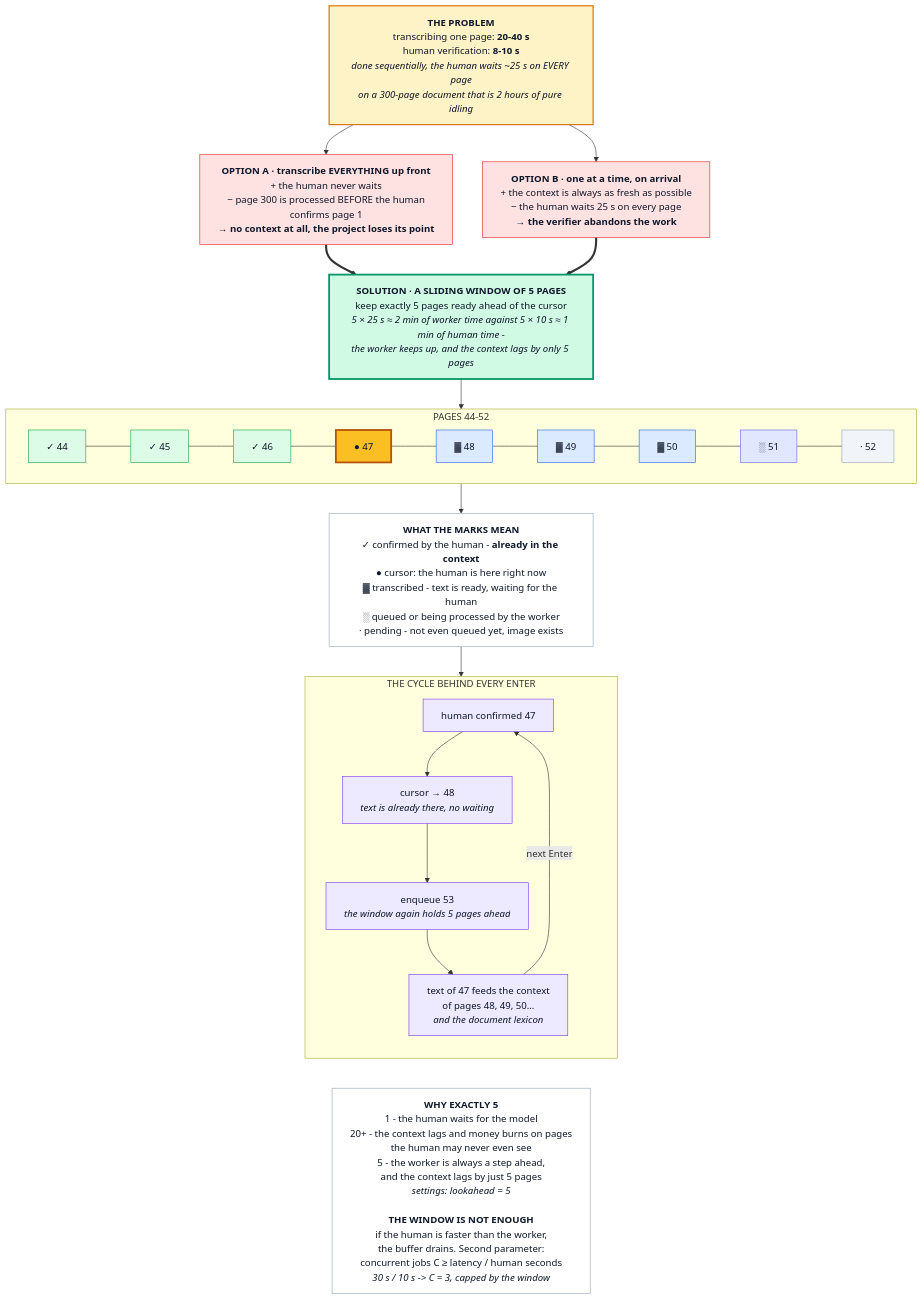
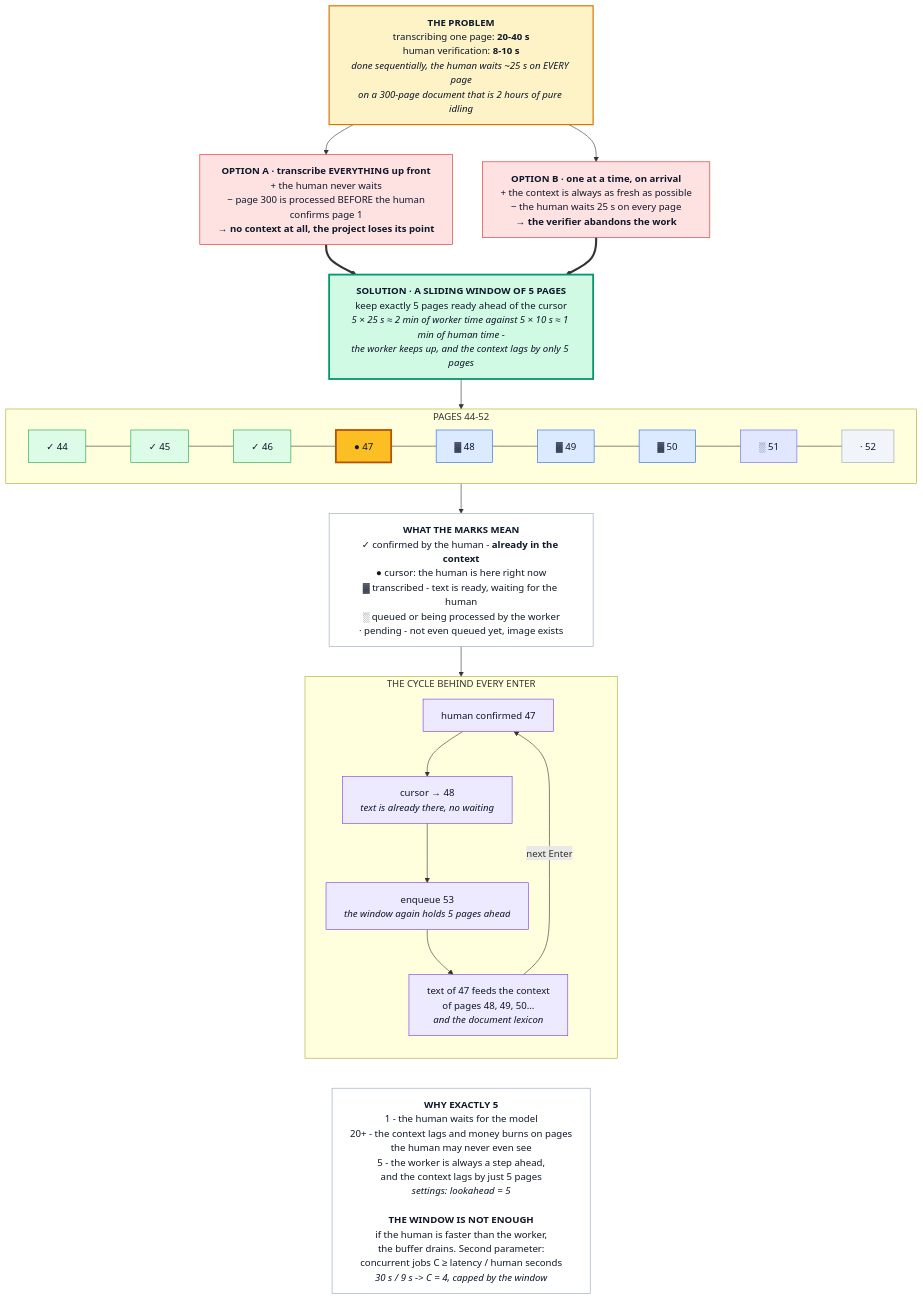
The fifth of 7 diagrams in docs/diagrams/README.md (BinaryStudioAcademy/bsa-2026-transcripta), drawn with Mermaid before and after one commit. The commit also changed other lines of this file and 7 other files, not shown here.

````diff
--- a/docs/diagrams/README.md
+++ b/docs/diagrams/README.md
@@ -524,68 +524,68 @@
 ```mermaid
 %% SLIDING WINDOW - why the human never waits for the model
 %% and why the window is 5 pages, not 1 and not 300
 
 %%{init: {"flowchart": {"wrappingWidth": 380}}}%%
 flowchart TB
     PROB["<b>THE PROBLEM</b><br/>transcribing one page: <b>20-40 s</b><br/>human verification: <b>8-10 s</b><br/><i>done sequentially, the human waits ~25 s on EVERY page<br/>on a 300-page document that is 2 hours of pure idling</i>"]
 
     PROB --> BAD1
     PROB --> BAD2
 
     BAD1["<b>OPTION A · transcribe EVERYTHING up front</b><br/>+ the human never waits<br/>− page 300 is processed BEFORE the human<br/>confirms page 1<br/><b>→ no context at all, the project loses its point</b>"]
 
     BAD2["<b>OPTION B · one at a time, on arrival</b><br/>+ the context is always as fresh as possible<br/>− the human waits 25 s on every page<br/><b>→ the verifier abandons the work</b>"]
 
     BAD1 ==> GOOD
     BAD2 ==> GOOD
 
     GOOD["<b>SOLUTION · A SLIDING WINDOW OF 5 PAGES</b><br/>keep exactly 5 pages ready ahead of the cursor<br/><i>5 × 25 s ≈ 2 min of worker time against 5 × 10 s ≈ 1 min of human time -<br/>the worker keeps up, and the context lags by only 5 pages</i>"]
 
     GOOD --> strip
 
     subgraph strip["PAGES 44-52"]
         direction LR
         G1["✓ 44"] --- G2["✓ 45"] --- G3["✓ 46"] --- G4["● 47"] --- G5["▓ 48"] --- G6["▓ 49"] --- G7["▓ 50"] --- G8["░ 51"] --- G9["· 52"]
     end
 
     strip --> LEGEND
 
     LEGEND["<b>WHAT THE MARKS MEAN</b><br/>✓ confirmed by the human - <b>already in the context</b><br/>● cursor: the human is here right now<br/>▓ transcribed - text is ready, waiting for the human<br/>░ queued or being processed by the worker<br/>· pending - not even queued yet, image exists"]
 
     LEGEND --> CYCLE
 
     subgraph CYCLE["THE CYCLE BEHIND EVERY ENTER"]
         direction TB
         C1["human confirmed 47"]
         C1 --> C2["cursor → 48<br/><i>text is already there, no waiting</i>"]
         C2 --> C3["enqueue 53<br/><i>the window again holds 5 pages ahead</i>"]
         C3 --> C4["text of 47 feeds the context<br/>of pages 48, 49, 50…<br/><i>and the document lexicon</i>"]
         C4 -->|"next Enter"| C1
     end
 
-    NOTE["<b>WHY EXACTLY 5</b><br/>1 - the human waits for the model<br/>20+ - the context lags and money burns on pages<br/>the human may never even see<br/>5 - the worker is always a step ahead,<br/>and the context lags by just 5 pages<br/><i>settings: lookahead = 5</i><br/>&nbsp;<br/><b>THE WINDOW IS NOT ENOUGH</b><br/>if the human is faster than the worker,<br/>the buffer drains. Second parameter:<br/>concurrent jobs C ≥ latency / human seconds<br/><i>30 s / 10 s -> C = 3, capped by the window</i>"]
+    NOTE["<b>WHY EXACTLY 5</b><br/>1 - the human waits for the model<br/>20+ - the context lags and money burns on pages<br/>the human may never even see<br/>5 - the worker is always a step ahead,<br/>and the context lags by just 5 pages<br/><i>settings: lookahead = 5</i><br/>&nbsp;<br/><b>THE WINDOW IS NOT ENOUGH</b><br/>if the human is faster than the worker,<br/>the buffer drains. Second parameter:<br/>concurrent jobs C ≥ latency / human seconds<br/><i>30 s / 9 s -> C = 4, capped by the window</i>"]
 
     CYCLE ~~~ NOTE
 
     classDef prob fill:#fef3c7,stroke:#d97706,stroke-width:2px,color:#0f172a
     classDef bad fill:#fee2e2,stroke:#dc2626,color:#0f172a
     classDef good fill:#d1fae5,stroke:#059669,stroke-width:3px,color:#0f172a
     classDef done fill:#dcfce7,stroke:#16a34a,color:#0f172a
     classDef here fill:#fbbf24,stroke:#b45309,stroke-width:3px,color:#0f172a
     classDef ready fill:#dbeafe,stroke:#2563eb,color:#0f172a
     classDef work fill:#e0e7ff,stroke:#6366f1,color:#0f172a
     classDef queue fill:#f1f5f9,stroke:#94a3b8,color:#0f172a
     classDef info fill:#ffffff,stroke:#94a3b8,color:#0f172a
     classDef cyc fill:#ede9fe,stroke:#7c3aed,color:#0f172a
 
     class PROB prob
     class BAD1,BAD2 bad
     class GOOD good
     class G1,G2,G3 done
     class G4 here
     class G5,G6,G7 ready
     class G8 work
     class G9 queue
     class LEGEND,NOTE info
     class C1,C2,C3,C4 cyc
 ```
````
